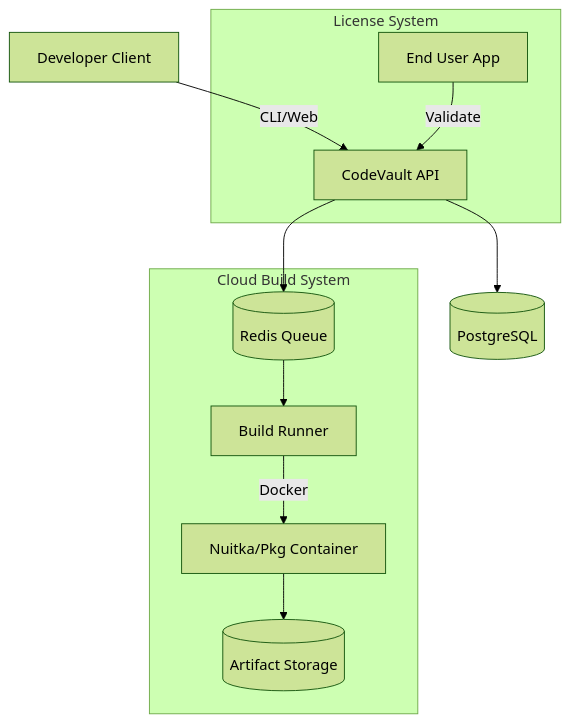
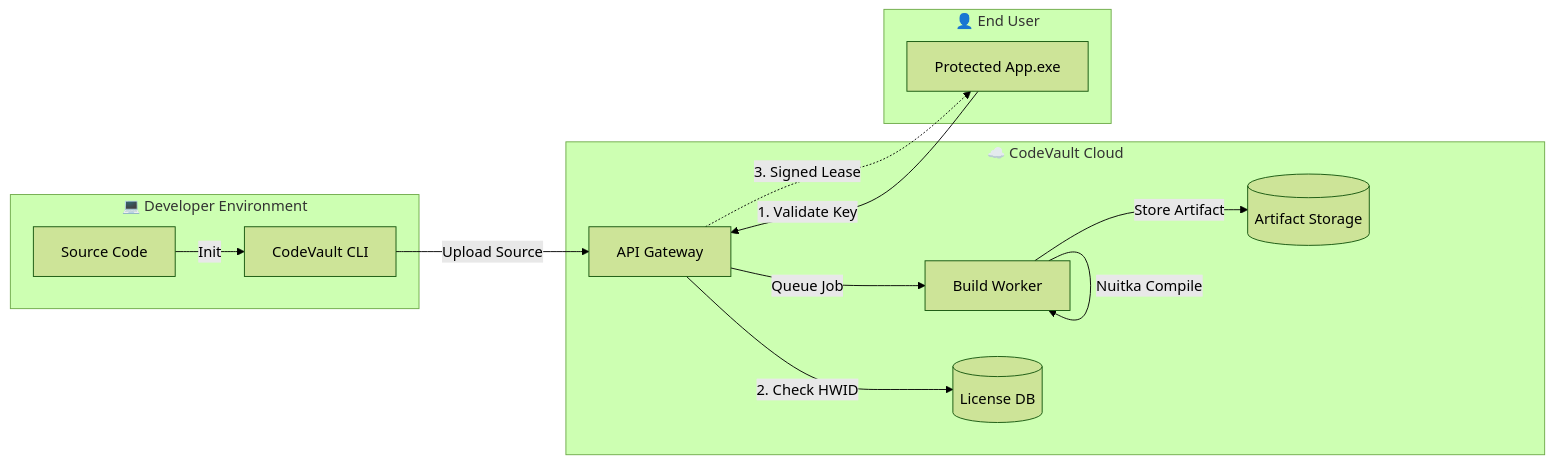
One commit to ParthSalunkhe7052/code-vault changed the diagram in README.md. Above: the diagram before and after it, drawn with Mermaid (forest theme). The commit also changed other lines of this file and 4 other files, not shown here.

````diff
--- a/README.md
+++ b/README.md
@@ -84,16 +89,28 @@
 ```mermaid
-graph TD
-    Client[Developer Client] -->|CLI/Web| API[CodeVault API]
-    API --> DB[(PostgreSQL)]
-    API --> Redis[(Redis Queue)]
+flowchart LR
+    subgraph Developer["💻 Developer Environment"]
+        Code[Source Code]
+        CLI[CodeVault CLI]
+    end
+
+    subgraph Cloud["☁️ CodeVault Cloud"]
+        API[API Gateway]
+        Worker[Build Worker]
+        DB[(License DB)]
+        R2[(Artifact Storage)]
+    end
+
+    subgraph User["👤 End User"]
+        App[Protected App.exe]
+    end
+
+    Code -->|Init| CLI
+    CLI -->|Upload Source| API
+    API -->|Queue Job| Worker
+    Worker -->|Nuitka Compile| Worker
+    Worker -->|Store Artifact| R2
     
-    subgraph "Cloud Build System"
-        Redis --> Worker[Build Runner]
-        Worker -->|Docker| Compiler[Nuitka/Pkg Container]
-        Compiler --> R2[(Artifact Storage)]
-    end
-    
-    subgraph "License System"
-        EndUser[End User App] -->|Validate| API
-    end
+    App -->|1. Validate Key| API
+    API -->|2. Check HWID| DB
+    API -.->|3. Signed Lease| App
 ```
````
